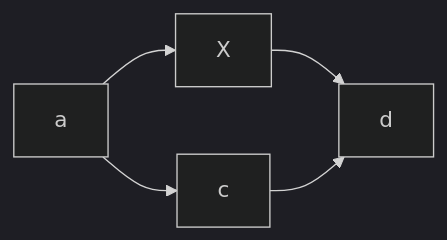
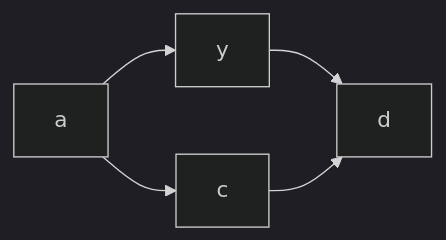
The diagram in diagrams/action-flow.md (ockertbotha/mermaid-diagramming), drawn with Mermaid (dark theme) before and after one commit. The commit also changed 2 other files, not shown here.

Commit message:
More messing about

````diff
--- a/diagrams/action-flow.md
+++ b/diagrams/action-flow.md
@@ -1,4 +1,4 @@
 ```mermaid
 flowchart LR;
-  a --> X & c --> d;  
+  a --> y & c --> d;  
 ```
````
